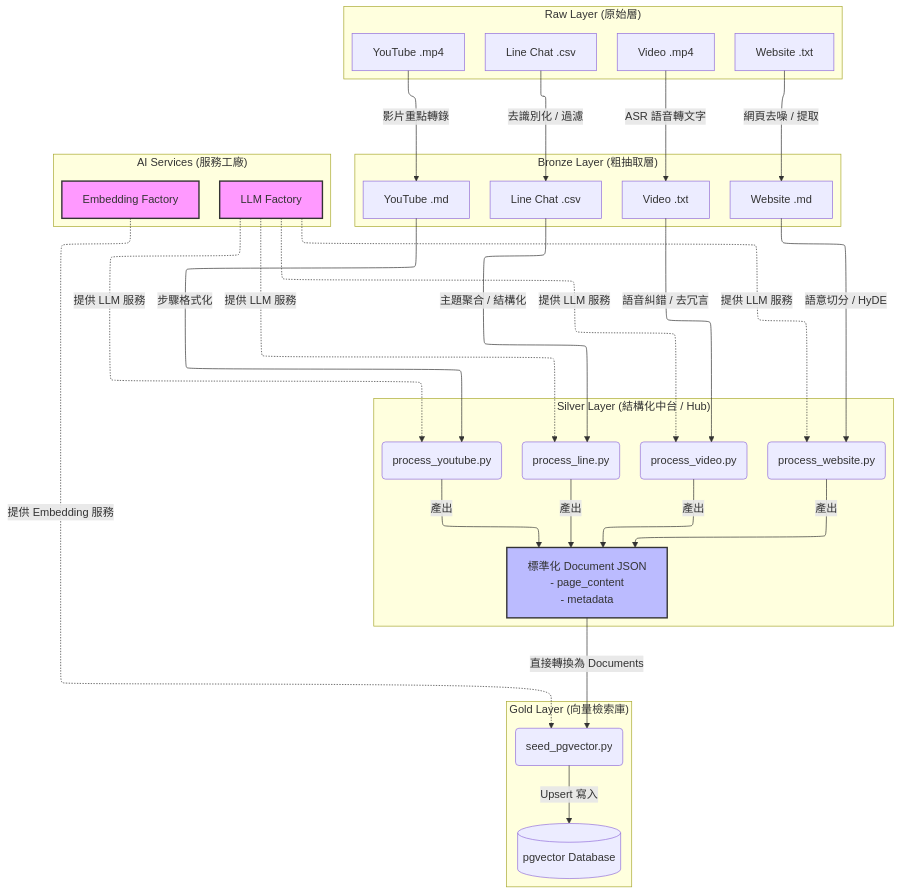
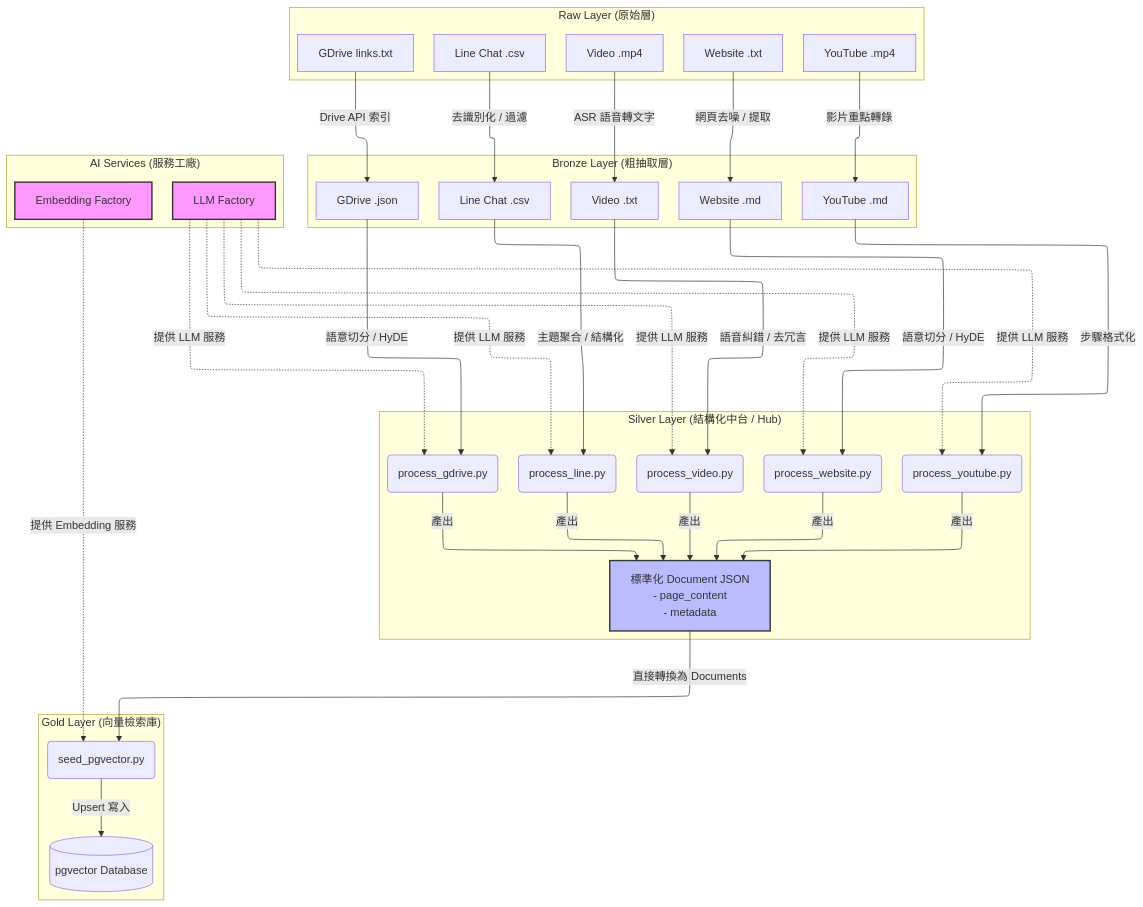
One commit to Imding1211/lock_AI_data changed the diagram in docs/manuals/架構書.md. Above: the diagram before and after it, drawn with Mermaid. The commit also changed other lines of this file and 49 other files, not shown here.

````diff
--- a/docs/manuals/架構書.md
+++ b/docs/manuals/架構書.md
@@ -8,63 +8,68 @@
 ```mermaid
 ---
 config:
   layout: elk
 ---
 graph TD
     subgraph "Raw Layer (原始層)"
         A1[Line Chat .csv]
         A2[Video .mp4]
         A3[Website .txt]
         A4[YouTube .mp4]
+        A5[GDrive links.txt]
     end
 
     subgraph "Bronze Layer (粗抽取層)"
         B1[Line Chat .csv]
         B2[Video .txt]
         B3[Website .md]
         B4[YouTube .md]
+        B5[GDrive .json]
     end
 
     subgraph "AI Services (服務工廠)"
         LLM_F[LLM Factory]
         EMB_F[Embedding Factory]
     end
 
     subgraph "Silver Layer (結構化中台 / Hub)"
         C1(process_line.py)
         C2(process_video.py)
         C3(process_website.py)
         C4(process_youtube.py)
-        
+        C5(process_gdrive.py)
+
         D[標準化 Document JSON<br/>- page_content<br/>- metadata]
     end
 
     subgraph "Gold Layer (向量檢索庫)"
         E(seed_pgvector.py)
         F[(pgvector Database)]
     end
 
     A1 -->|去識別化 / 過濾| B1
     A2 -->|ASR 語音轉文字| B2
     A3 -->|網頁去噪 / 提取| B3
     A4 -->|影片重點轉錄| B4
+    A5 -->|Drive API 索引| B5
 
     B1 -->|主題聚合 / 結構化| C1
     B2 -->|語音糾錯 / 去冗言| C2
     B3 -->|語意切分 / HyDE| C3
     B4 -->|步驟格式化| C4
-    
-    LLM_F -.->|提供 LLM 服務| C1 & C2 & C3 & C4
-    
-    C1 & C2 & C3 & C4 -->|產出| D
-    
+    B5 -->|語意切分 / HyDE| C5
+
+    LLM_F -.->|提供 LLM 服務| C1 & C2 & C3 & C4 & C5
+
+    C1 & C2 & C3 & C4 & C5 -->|產出| D
+
     D -->|直接轉換為 Documents| E
-    
+
     EMB_F -.->|提供 Embedding 服務| E
-    
+
     E -->|Upsert 寫入| F
-    
+
     style LLM_F fill:#f9f,stroke:#333,stroke-width:2px
     style EMB_F fill:#f9f,stroke:#333,stroke-width:2px
     style D fill:#bbf,stroke:#333,stroke-width:2px
 ```
````
